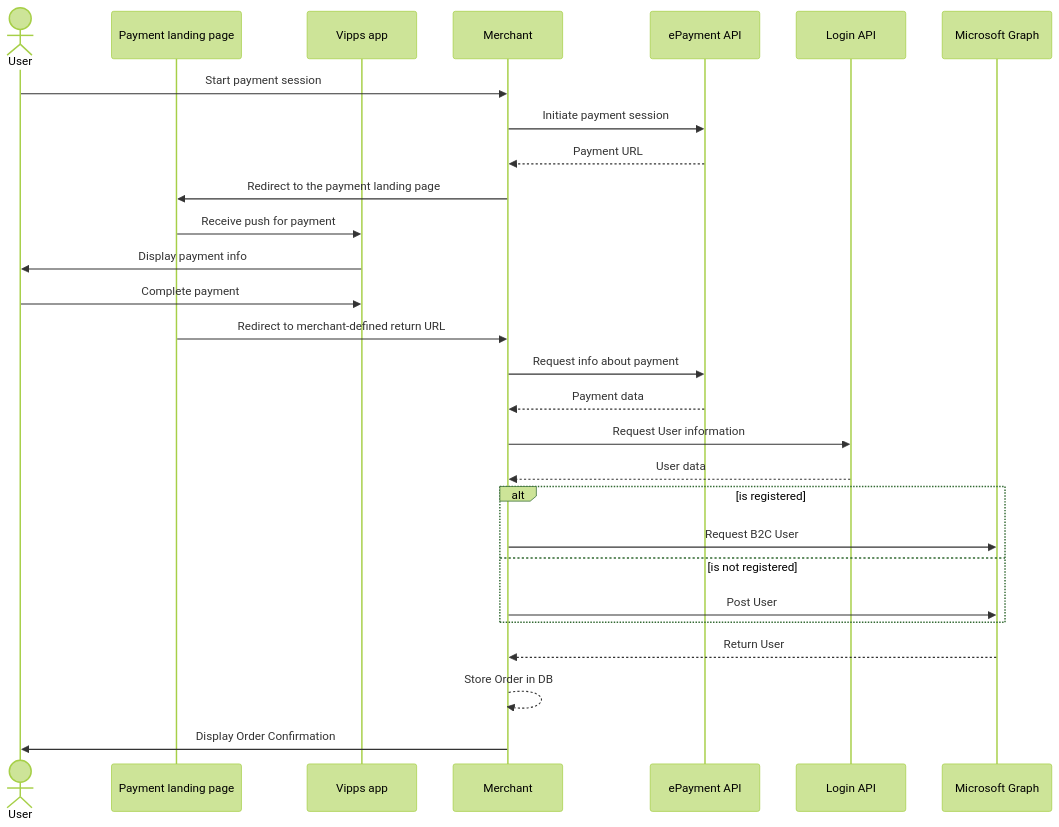
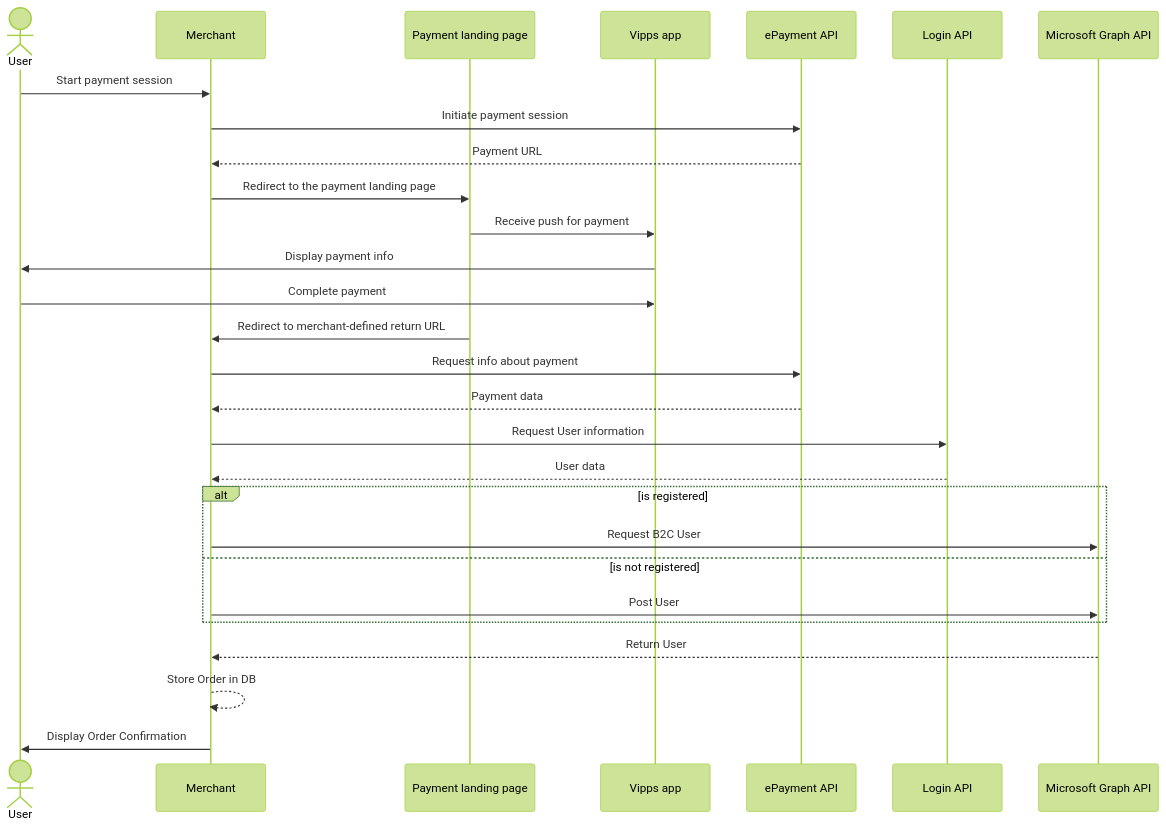
The diagram in azure-b2c/PaymentFlowB2C.md (vippsas/vipps-solutions), drawn with Mermaid (forest theme) before and after one commit. The commit also changed other lines of this file and 6 other files, not shown here.

````diff
--- a/azure-b2c/PaymentFlowB2C.md
+++ b/azure-b2c/PaymentFlowB2C.md
@@ -61,47 +65,47 @@
 ```mermaid
 
 sequenceDiagram
     actor User
+    participant Merchant
     participant Payment landing page
     participant Vipps app
-    participant Merchant
     participant ePayment API
     participant Login API
-    participant Microsoft Graph
+    participant Microsoft Graph API
 
     User->>Merchant: Start payment session
 
     Merchant->>ePayment API: Initiate payment session
 
     ePayment API-->>Merchant: Payment URL
 
     Merchant->>Payment landing page: Redirect to the payment landing page
 
     Payment landing page->>Vipps app: Receive push for payment
 
     Vipps app->>User: Display payment info
 
     User->>Vipps app: Complete payment
 
     Payment landing page->>Merchant: Redirect to merchant-defined return URL
 
     Merchant->>ePayment API: Request info about payment
 
     ePayment API-->>Merchant: Payment data
 
     Merchant->>Login API: Request User information
 
     Login API-->>Merchant: User data
 
     alt is registered
-        Merchant->>Microsoft Graph: Request B2C User
+        Merchant->>Microsoft Graph API: Request B2C User
     else is not registered
-        Merchant->>Microsoft Graph: Post User
+        Merchant->>Microsoft Graph API: Post User
     end
 
-    Microsoft Graph-->>Merchant: Return User
+    Microsoft Graph API-->>Merchant: Return User
 
     Merchant-->>Merchant: Store Order in DB
 
     Merchant->>User: Display Order Confirmation
 ```
````
